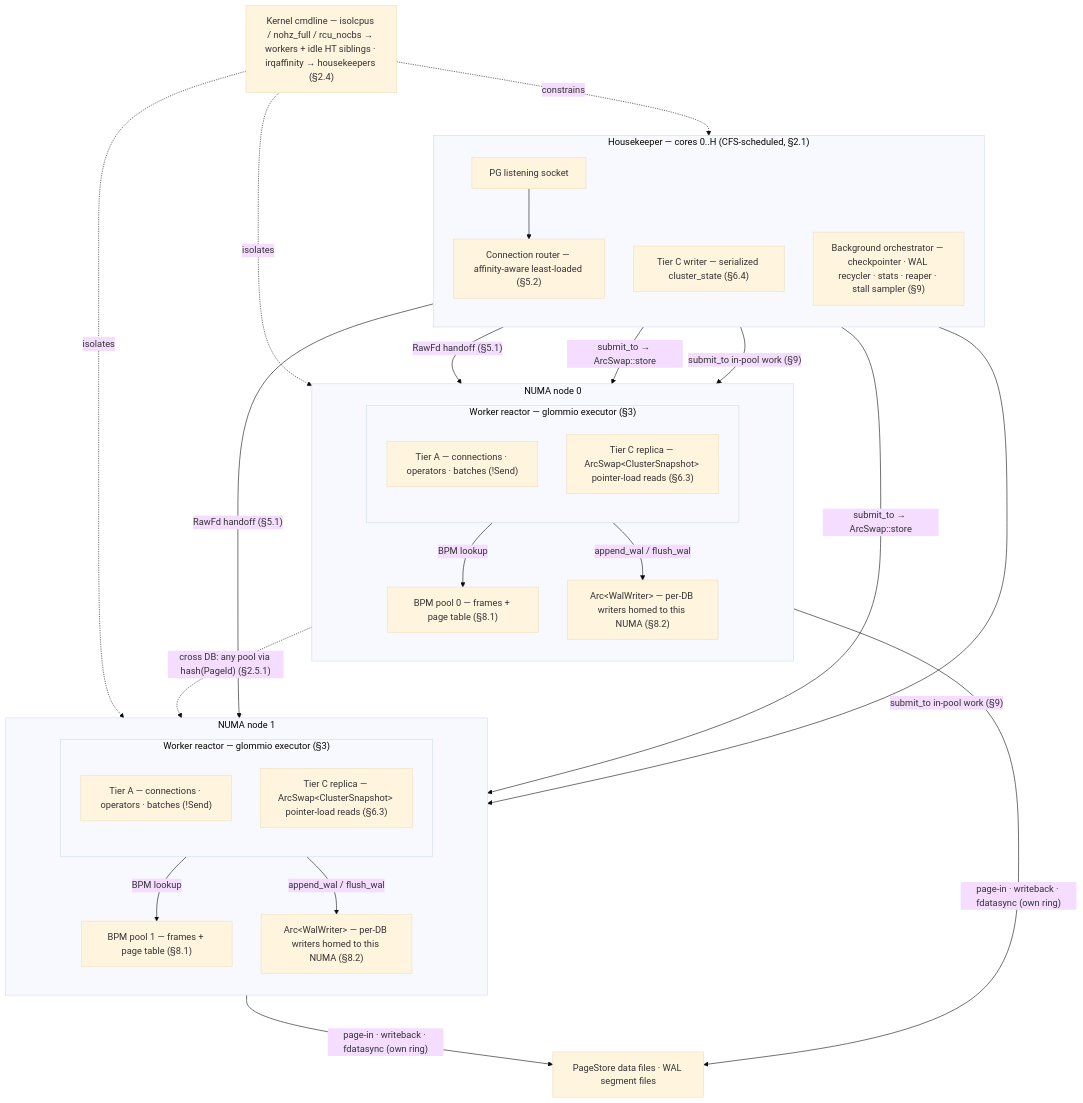
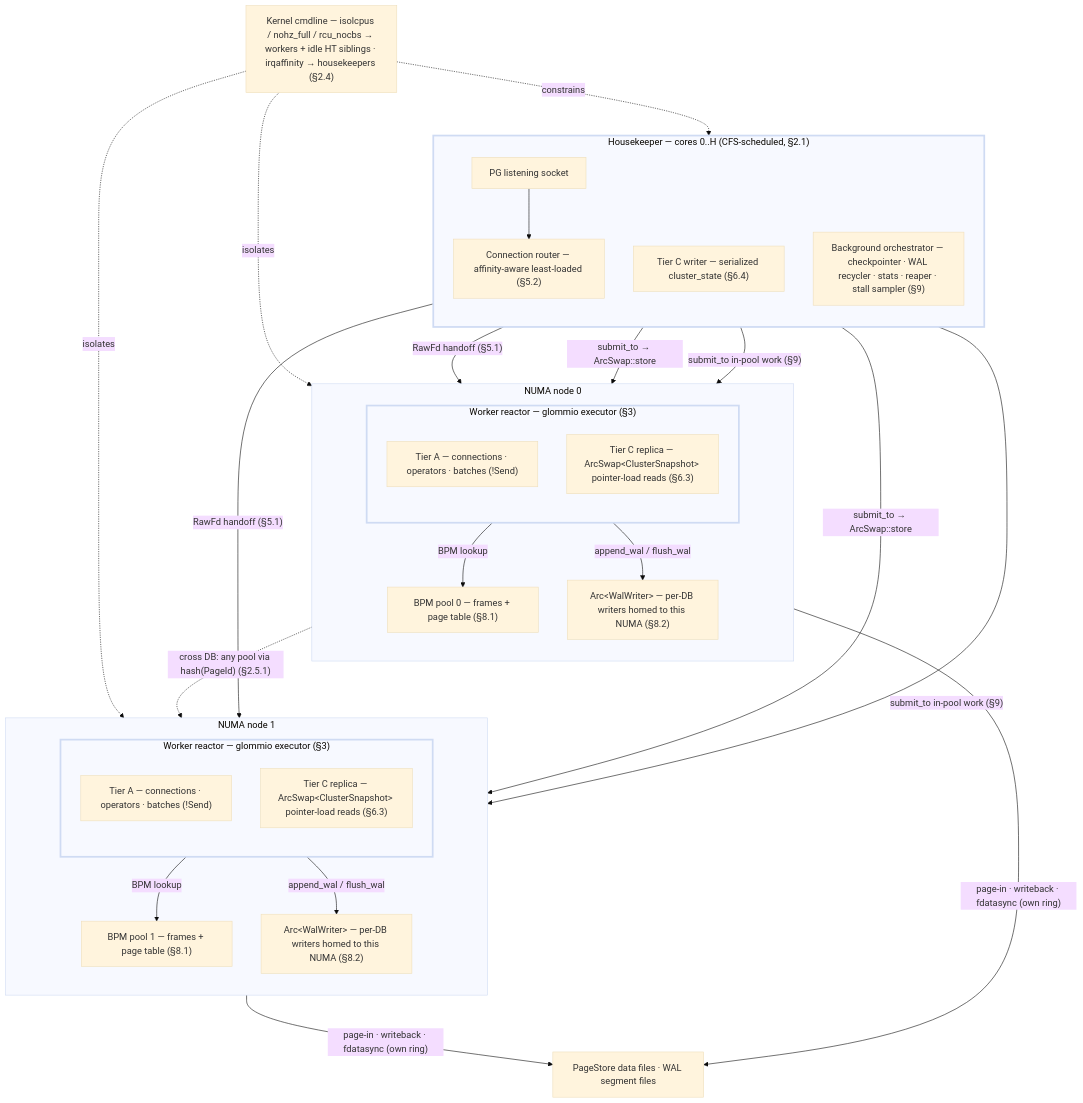
Before and after one commit to kennthhz/cascade-db: the first of 4 diagrams in docs/runtime-architecture-diagrams.md, drawn with Mermaid (base theme). The commit also changed other lines of this file and 5 other files, not shown here.

First line of the commit message:
Encode thread-vs-memory distinction in runtime diagrams

````diff
--- a/docs/runtime-architecture-diagrams.md
+++ b/docs/runtime-architecture-diagrams.md
@@ -17,54 +17,58 @@
 ```mermaid
 flowchart TB
     CMD["Kernel cmdline — isolcpus / nohz_full / rcu_nocbs → workers + idle HT siblings · irqaffinity → housekeepers (§2.4)"]
 
     subgraph HK["Housekeeper — cores 0..H (CFS-scheduled, §2.1)"]
         direction TB
         LISTEN["PG listening socket"]
         ROUTE["Connection router — affinity-aware least-loaded (§5.2)"]
         CW["Tier C writer — serialized cluster_state (§6.4)"]
         BG["Background orchestrator — checkpointer · WAL recycler · stats · reaper · stall sampler (§9)"]
         LISTEN --> ROUTE
     end
 
     subgraph N0["NUMA node 0"]
         direction TB
         subgraph W0["Worker reactor — glommio executor (§3)"]
             direction TB
             TA0["Tier A — connections · operators · batches (!Send)"]
             SNAP0["Tier C replica — ArcSwap&lt;ClusterSnapshot&gt; pointer-load reads (§6.3)"]
         end
         BPM0["BPM pool 0 — frames + page table (§8.1)"]
         WAL0["Arc&lt;WalWriter&gt; — per-DB writers homed to this NUMA (§8.2)"]
     end
 
     subgraph N1["NUMA node 1"]
         direction TB
         subgraph W1["Worker reactor — glommio executor (§3)"]
             direction TB
             TA1["Tier A — connections · operators · batches (!Send)"]
             SNAP1["Tier C replica — ArcSwap&lt;ClusterSnapshot&gt; pointer-load reads (§6.3)"]
         end
         BPM1["BPM pool 1 — frames + page table (§8.1)"]
         WAL1["Arc&lt;WalWriter&gt; — per-DB writers homed to this NUMA (§8.2)"]
     end
 
     FILES["PageStore data files · WAL segment files"]
 
+    style HK stroke-width:3px
+    style W0 stroke-width:3px
+    style W1 stroke-width:3px
+
     CMD -.->|"constrains"| HK
     CMD -.->|"isolates"| N0
     CMD -.->|"isolates"| N1
     ROUTE -->|"RawFd handoff (§5.1)"| TA0
     ROUTE -->|"RawFd handoff (§5.1)"| TA1
     CW -->|"submit_to → ArcSwap::store"| SNAP0
     CW -->|"submit_to → ArcSwap::store"| SNAP1
     BG -->|"submit_to in-pool work (§9)"| W0
     BG -->|"submit_to in-pool work (§9)"| W1
     TA0 -->|"BPM lookup"| BPM0
     TA0 -->|"append_wal / flush_wal"| WAL0
     TA1 -->|"BPM lookup"| BPM1
     TA1 -->|"append_wal / flush_wal"| WAL1
     TA0 -.->|"cross DB: any pool via hash(PageId) (§2.5.1)"| BPM1
     W0 -->|"page-in · writeback · fdatasync (own ring)"| FILES
     W1 -->|"page-in · writeback · fdatasync (own ring)"| FILES
 ```
````
